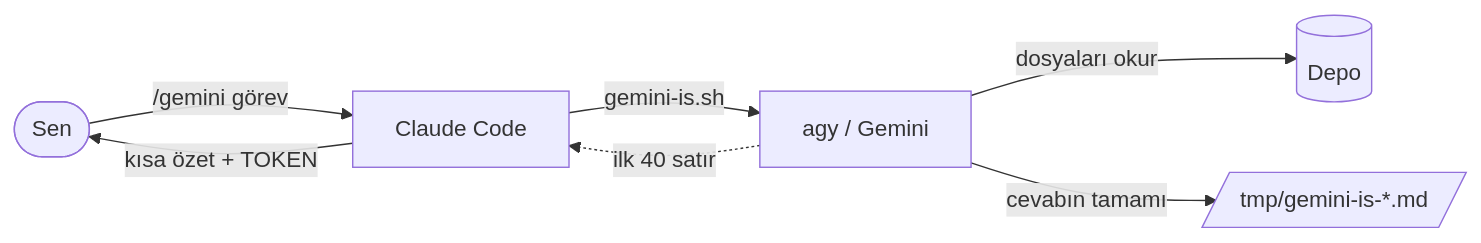
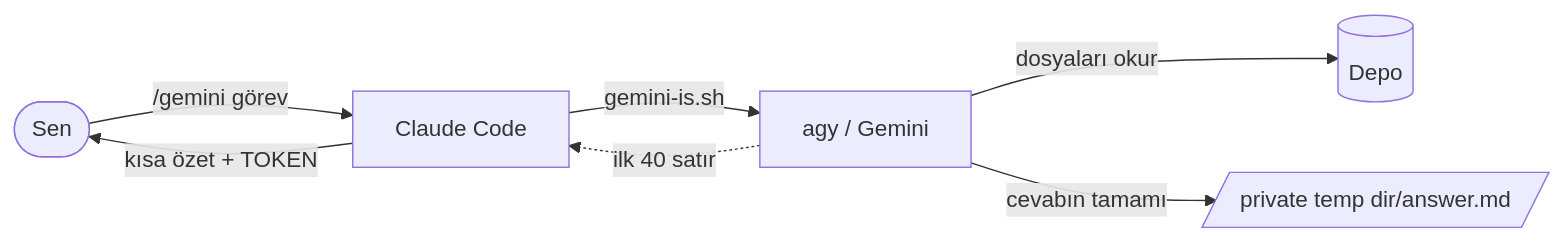
Before and after one commit to Guney-Tepeli/gemini-delegation-for-claude-code: the first of 2 diagrams in README.md, drawn with Mermaid. The commit also changed other lines of this file and 8 other files, not shown here.

````diff
--- a/README.md
+++ b/README.md
@@ -69,9 +81,9 @@
 ```mermaid
 flowchart LR
     U([Sen]) -->|/gemini görev| C[Claude Code]
     C -->|gemini-is.sh| A[agy / Gemini]
     A -->|dosyaları okur| R[(Depo)]
-    A -->|cevabın tamamı| F[/tmp/gemini-is-*.md/]
+    A -->|cevabın tamamı| F[/private temp dir/answer.md/]
     A -.->|ilk 40 satır| C
     C -->|kısa özet + TOKEN| U
 ```
````
